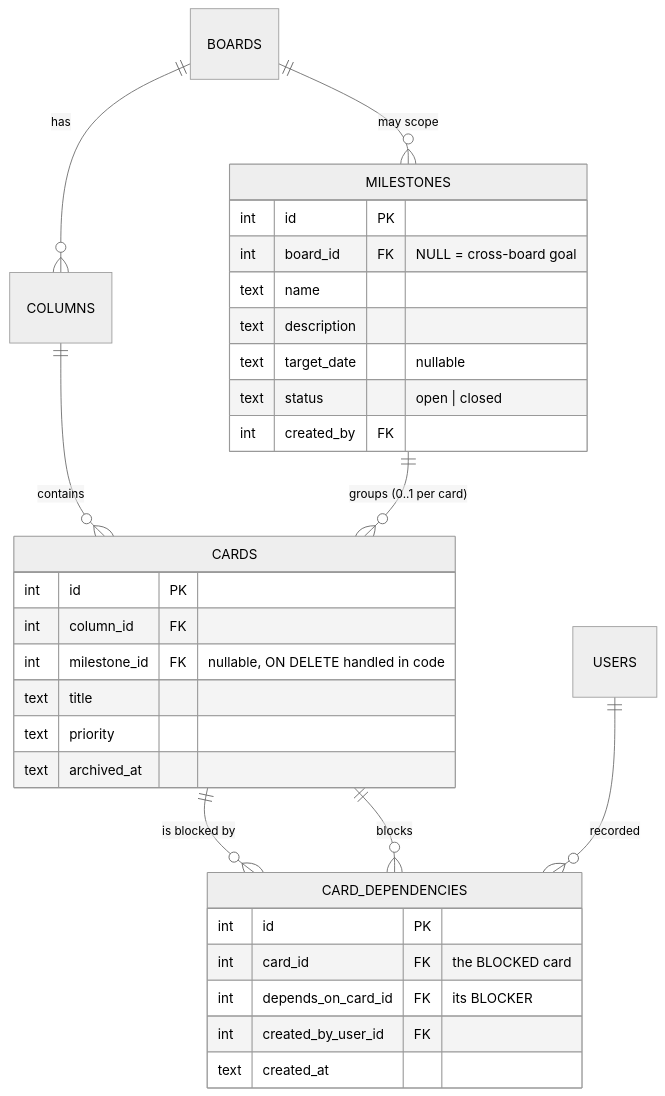
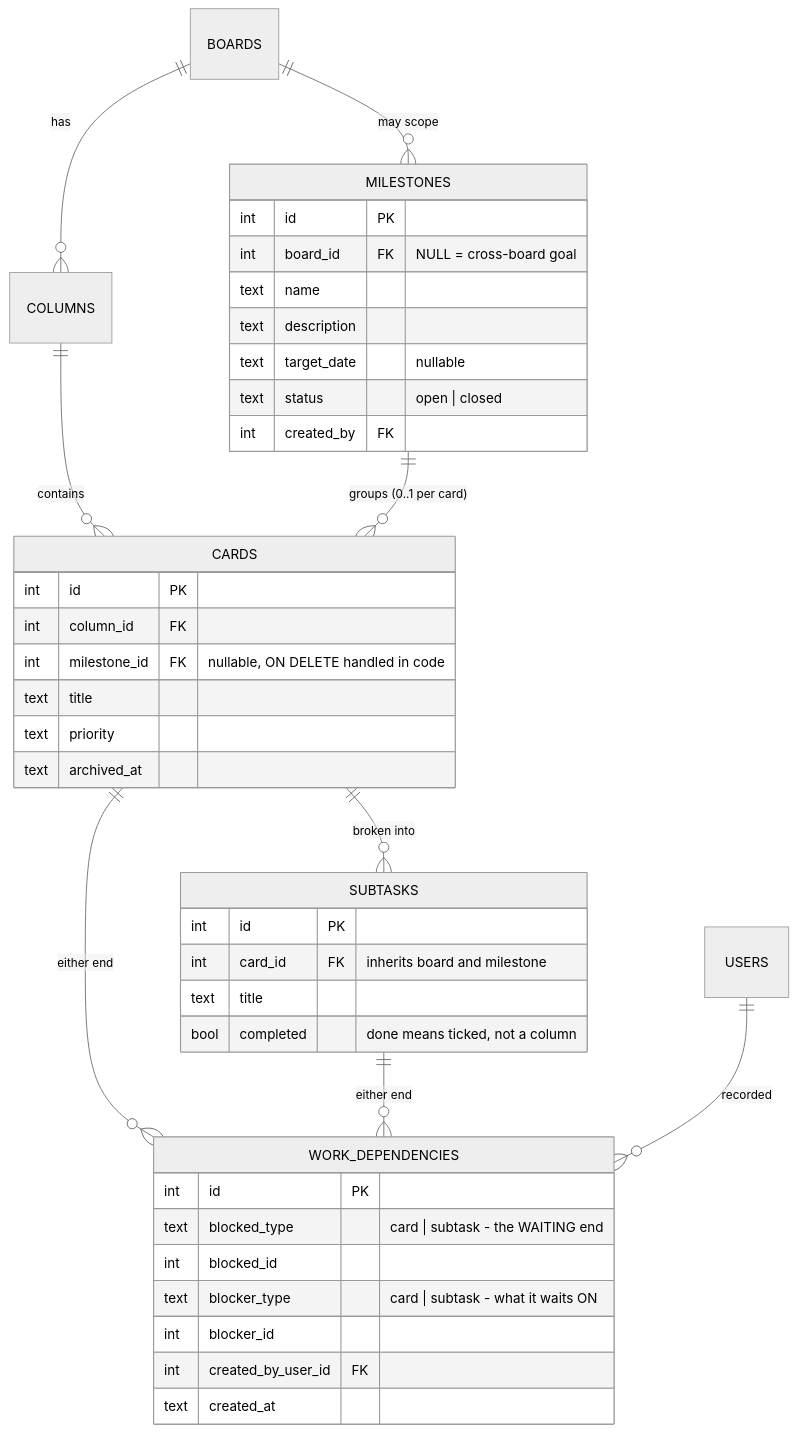
Before and after one commit to gitBoon/DumpFire: the second of 4 diagrams in docs/critical-path-planning.md, drawn with Mermaid (neutral theme). The commit also changed other lines of this file and 19 other files, not shown here.

````diff
--- a/docs/critical-path-planning.md
+++ b/docs/critical-path-planning.md
@@ -82,37 +114,47 @@
 ```mermaid
 erDiagram
     BOARDS ||--o{ COLUMNS : has
     COLUMNS ||--o{ CARDS : contains
     BOARDS ||--o{ MILESTONES : "may scope"
     MILESTONES ||--o{ CARDS : "groups (0..1 per card)"
-    CARDS ||--o{ CARD_DEPENDENCIES : "is blocked by"
-    CARDS ||--o{ CARD_DEPENDENCIES : "blocks"
-    USERS ||--o{ CARD_DEPENDENCIES : recorded
+    CARDS ||--o{ WORK_DEPENDENCIES : "either end"
+    CARDS ||--o{ SUBTASKS : "broken into"
+    SUBTASKS ||--o{ WORK_DEPENDENCIES : "either end"
+    USERS ||--o{ WORK_DEPENDENCIES : recorded
 
     MILESTONES {
         int id PK
         int board_id FK "NULL = cross-board goal"
         text name
         text description
         text target_date "nullable"
         text status "open | closed"
         int created_by FK
     }
 
-    CARD_DEPENDENCIES {
+    WORK_DEPENDENCIES {
         int id PK
-        int card_id FK "the BLOCKED card"
-        int depends_on_card_id FK "its BLOCKER"
+        text blocked_type "card | subtask - the WAITING end"
+        int blocked_id
+        text blocker_type "card | subtask - what it waits ON"
+        int blocker_id
         int created_by_user_id FK
         text created_at
     }
 
     CARDS {
         int id PK
         int column_id FK
         int milestone_id FK "nullable, ON DELETE handled in code"
         text title
         text priority
         text archived_at
     }
+
+    SUBTASKS {
+        int id PK
+        int card_id FK "inherits board and milestone"
+        text title
+        bool completed "done means ticked, not a column"
+    }
 ```
````
